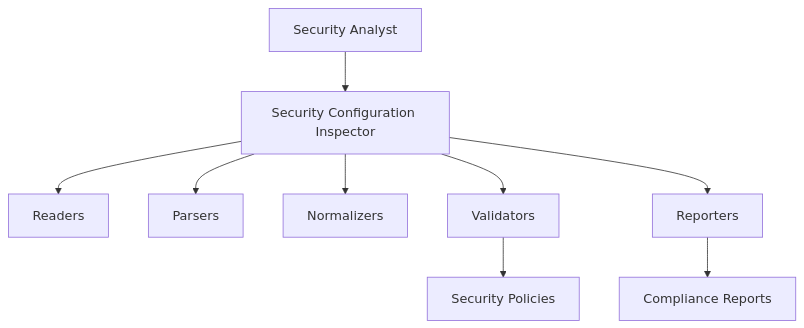
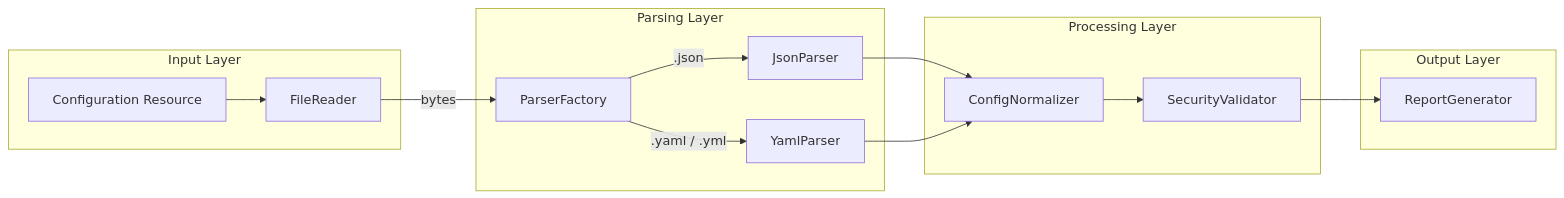
The first of 3 diagrams in README.md (truongtranit/security-configuration-inspector), drawn with Mermaid before and after one commit.

Commit message:
Update README architecture diagrams.

````diff
--- a/README.md
+++ b/README.md
@@ -15,17 +15,34 @@
 ```mermaid
-graph TD
+flowchart LR
+    subgraph Input["Input Layer"]
+        Resource["Configuration Resource"]
+        Reader["FileReader"]
+    end
 
-    User["Security Analyst"]
+    subgraph Parsing["Parsing Layer"]
+        Factory["ParserFactory"]
+        JSON["JsonParser"]
+        YAML["YamlParser"]
+    end
 
-    User --> App["Security Configuration Inspector"]
+    subgraph Processing["Processing Layer"]
+        Normalizer["ConfigNormalizer"]
+        Validator["SecurityValidator"]
+    end
 
-    App --> Readers["Readers"]
-    App --> Parsers["Parsers"]
-    App --> Normalizers["Normalizers"]
-    App --> Validators["Validators"]
-    App --> Reporters["Reporters"]
+    subgraph Output["Output Layer"]
+        Reporter["ReportGenerator"]
+    end
 
-    Validators --> Policies["Security Policies"]
+    Resource --> Reader
+    Reader -->|bytes| Factory
 
-    Reporters --> Reports["Compliance Reports"]
+    Factory -->|.json| JSON
+    Factory -->|.yaml / .yml| YAML
+
+    JSON --> Normalizer
+    YAML --> Normalizer
+
+    Normalizer --> Validator
+    Validator --> Reporter
 ```
````
